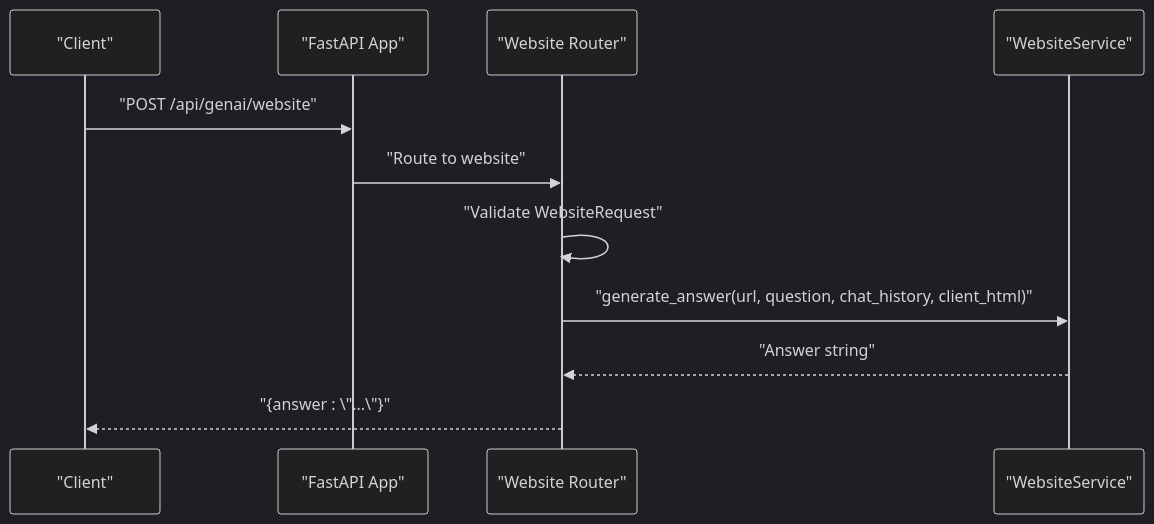
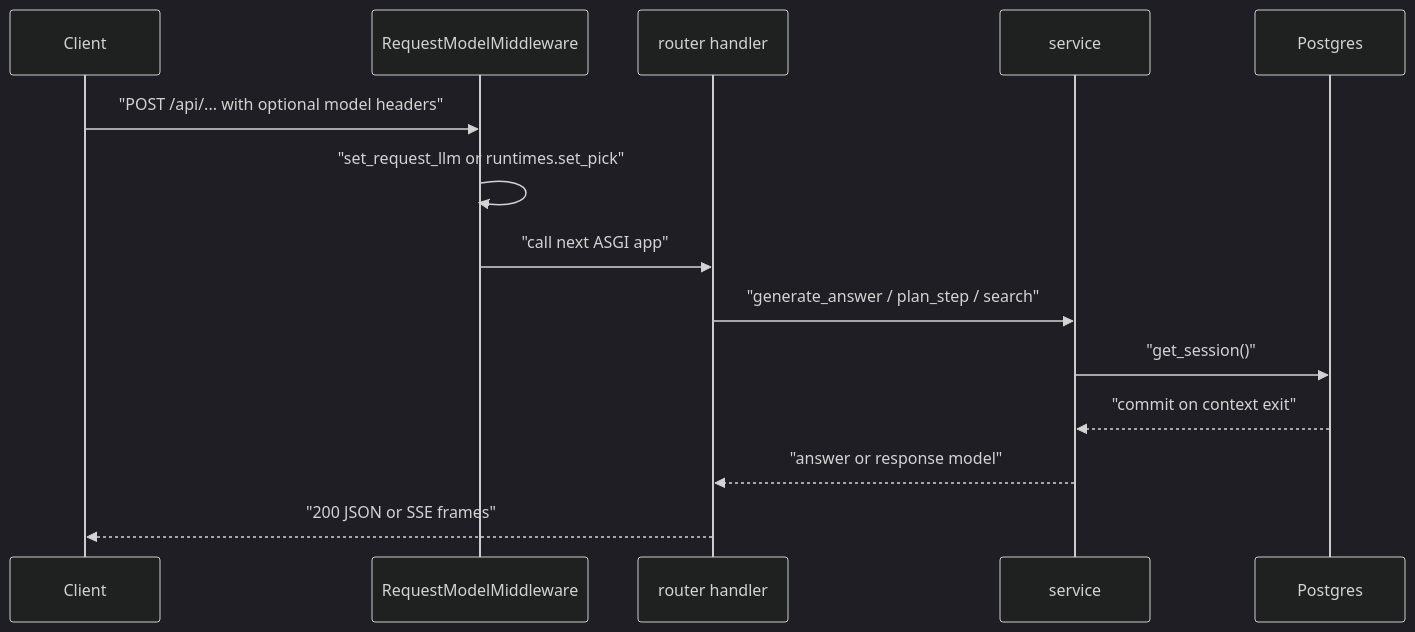
One commit to tashifkhan/tashif.codes changed the third of 4 diagrams in src/data/docs/agentic-browser/API Server/API Server.md. Above: the diagram before and after it, drawn with Mermaid (dark theme). The commit also changed other lines of this file and 114 other files, not shown here.

````diff
--- a/src/data/docs/agentic-browser/API Server/API Server.md
+++ b/src/data/docs/agentic-browser/API Server/API Server.md
@@ -248,13 +126,16 @@
 ```mermaid
 sequenceDiagram
-participant C as "Client"
-participant A as "FastAPI App"
-participant W as "Website Router"
-participant S as "WebsiteService"
-C->>A : "POST /api/genai/website"
-A->>W : "Route to website"
-W->>W : "Validate WebsiteRequest"
-W->>S : "generate_answer(url, question, chat_history, client_html)"
-S-->>W : "Answer string"
-W-->>C : "{answer : \"...\"}"
+  participant C as Client
+  participant M as RequestModelMiddleware
+  participant R as router handler
+  participant S as service
+  participant DB as Postgres
+  C->>M: "POST /api/... with optional model headers"
+  M->>M: "set_request_llm or runtimes.set_pick"
+  M->>R: "call next ASGI app"
+  R->>S: "generate_answer / plan_step / search"
+  S->>DB: "get_session()"
+  DB-->>S: "commit on context exit"
+  S-->>R: "answer or response model"
+  R-->>C: "200 JSON or SSE frames"
 ```
````
